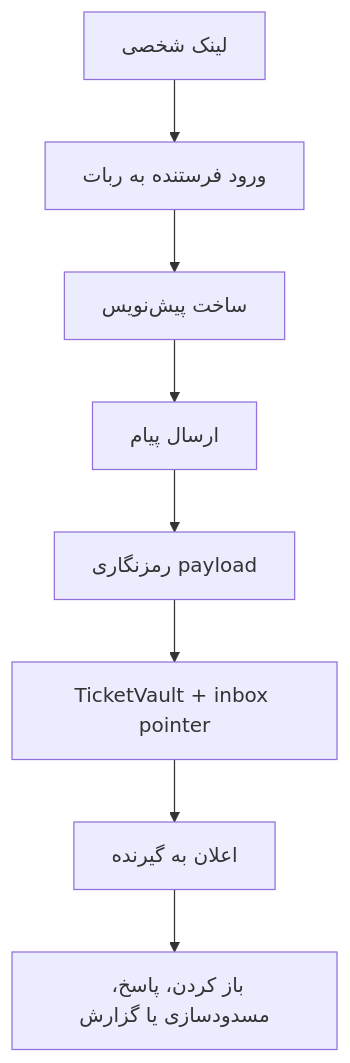
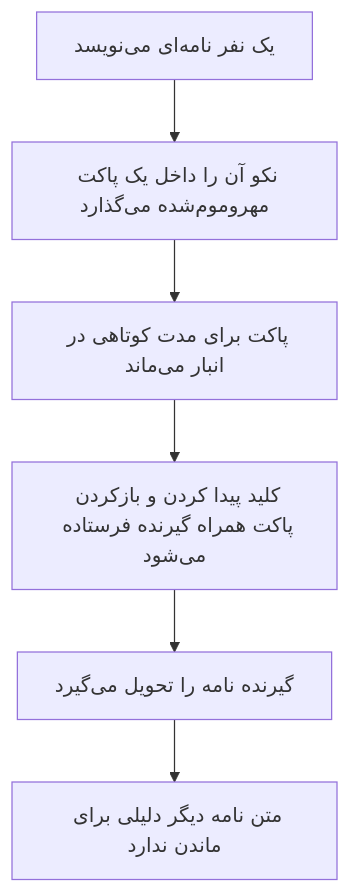
One commit to mohetios/mohetios.dev changed the diagram in content/fa/blog/building-nekonymous-anonymous-telegram-bot.md. Above: the diagram before and after it, drawn with Mermaid. The commit also changed other lines of this file, not shown here.

````diff
--- a/content/fa/blog/building-nekonymous-anonymous-telegram-bot.md
+++ b/content/fa/blog/building-nekonymous-anonymous-telegram-bot.md
@@ -94,10 +84,11 @@
 ```mermaid
 flowchart TD
-  A[لینک شخصی] --> B[ورود فرستنده به ربات]
-  B --> C[ساخت پیش‌نویس]
-  C --> D[ارسال پیام]
-  D --> E[رمزنگاری payload]
-  E --> F[TicketVault + inbox pointer]
-  F --> G[اعلان به گیرنده]
-  G --> H[باز کردن، پاسخ، مسدودسازی یا گزارش]
+  A[یک نفر نامه‌ای می‌نویسد]
+  B[نکو آن را داخل یک پاکت مهروموم‌شده می‌گذارد]
+  C[پاکت برای مدت کوتاهی در انبار می‌ماند]
+  D[کلید پیدا کردن و بازکردن پاکت همراه گیرنده فرستاده می‌شود]
+  E[گیرنده نامه را تحویل می‌گیرد]
+  F[متن نامه دیگر دلیلی برای ماندن ندارد]
+
+  A --> B --> C --> D --> E --> F
 ```
````
